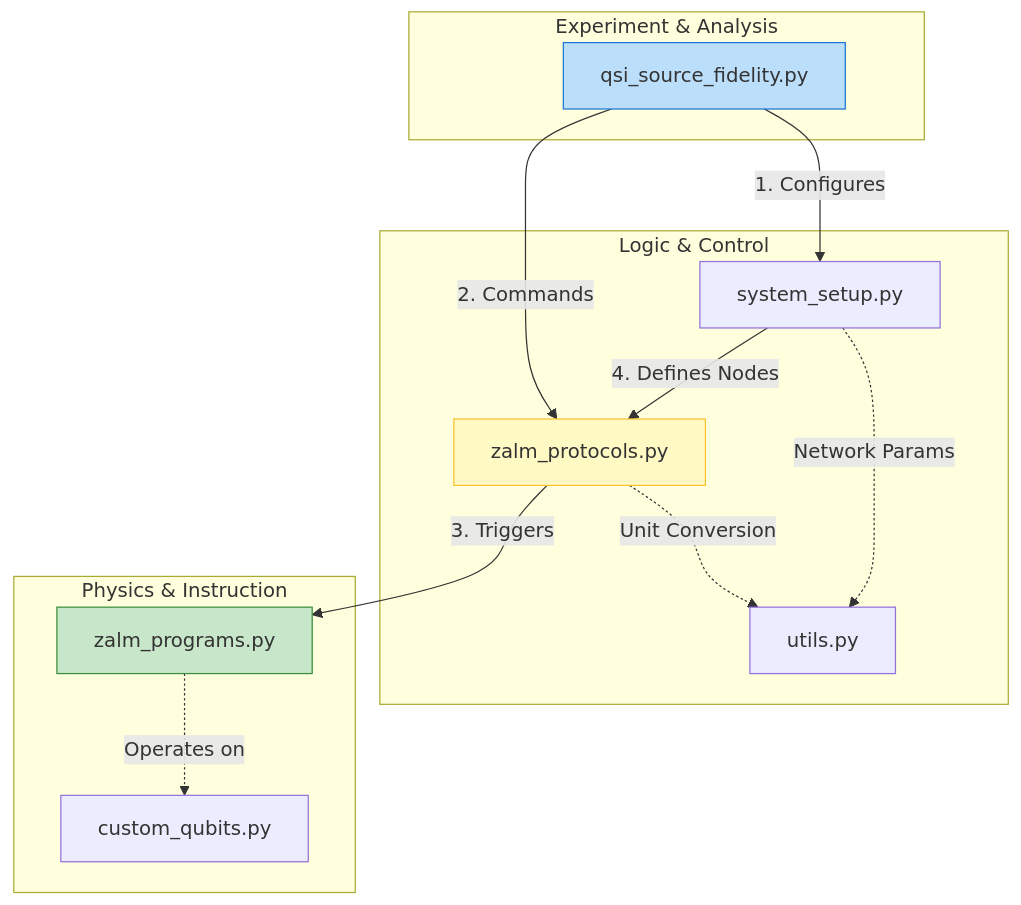
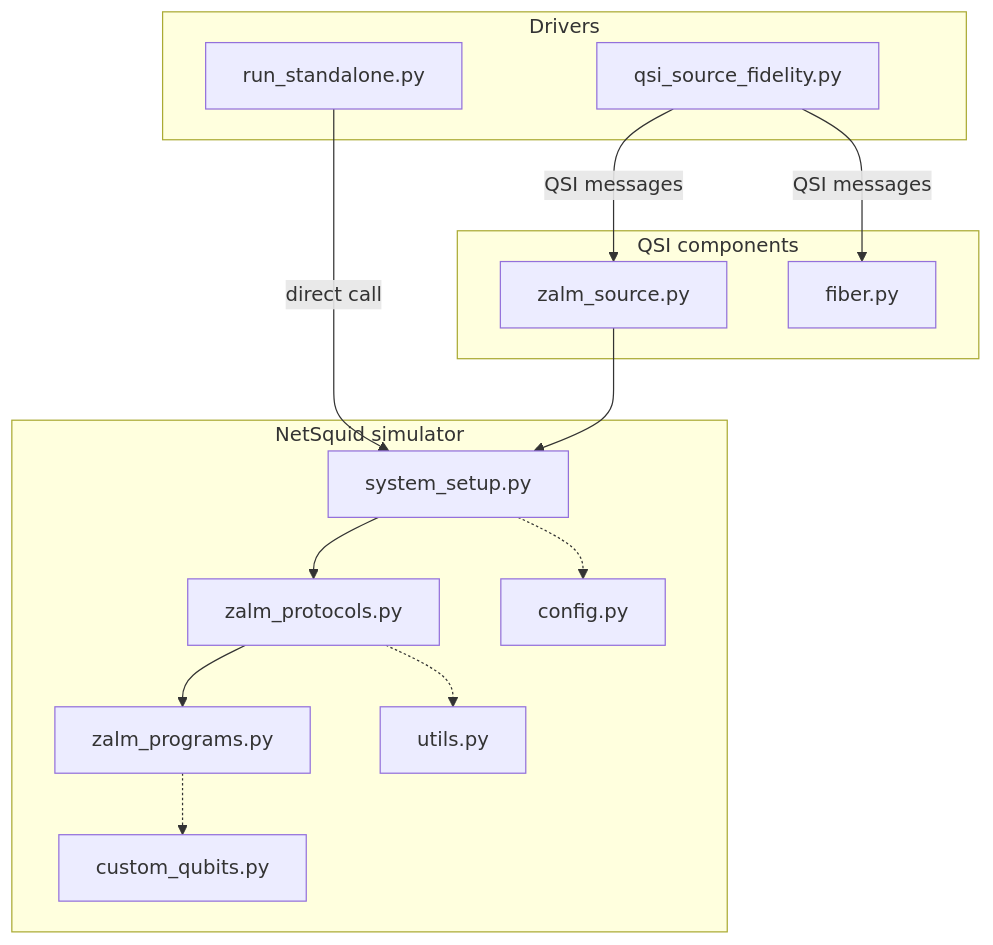
Before and after one commit to connect-lab-ireland/zalm-source-simulation: the diagram in README.md, drawn with Mermaid. The commit also changed other lines of this file and 301 other files, not shown here.

First line of the commit message:
Make the simulator runnable standalone or via QSI; add paper data

````diff
--- a/README.md
+++ b/README.md
@@ -3,34 +55,29 @@
 ```mermaid
 graph TD
-    %% Define Layers
-    subgraph Application_Layer [Experiment & Analysis]
-        Driver[qsi_source_fidelity.py]
+    subgraph Drivers
+        SA[run_standalone.py]
+        QD[qsi_source_fidelity.py]
+    end
+    subgraph QSI_Components [QSI components]
+        ZS[zalm_source.py]
+        FB[fiber.py]
+    end
+    subgraph Simulator [NetSquid simulator]
+        Setup[system_setup.py]
+        Protocols[zalm_protocols.py]
+        Programs[zalm_programs.py]
+        Qubits[custom_qubits.py]
+        Utils[utils.py]
+        Config[config.py]
     end
 
-    subgraph Orchestration_Layer [Logic & Control]
-        Setup[system_setup.py]
-        Protocols[zalm_protocols.py]
-        Utils[utils.py]
-    end
-
-    subgraph Quantum_Core_Layer [Physics & Instruction]
-        Programs[zalm_programs.py]
-        Qubits[custom_qubits.py]
-    end
-
-    %% Interactions
-    Driver -->|1. Configures| Setup
-    Driver -->|2. Commands| Protocols
-    
-    Protocols -->|3. Triggers| Programs
-    Setup -->|4. Defines Nodes| Protocols
-    
-    Programs -.->|Operates on| Qubits
-    Protocols -.->|Unit Conversion| Utils
-    Setup -.->|Network Params| Utils
-
-    %% Styling
-    style Driver fill:#bbdefb,stroke:#1976d2
-    style Protocols fill:#fff9c4,stroke:#fbc02d
-    style Programs fill:#c8e6c9,stroke:#388e3c
+    SA -->|direct call| Setup
+    QD -->|QSI messages| ZS
+    QD -->|QSI messages| FB
+    ZS --> Setup
+    Setup --> Protocols
+    Protocols --> Programs
+    Programs -.-> Qubits
+    Protocols -.-> Utils
+    Setup -.-> Config
 ```
````
